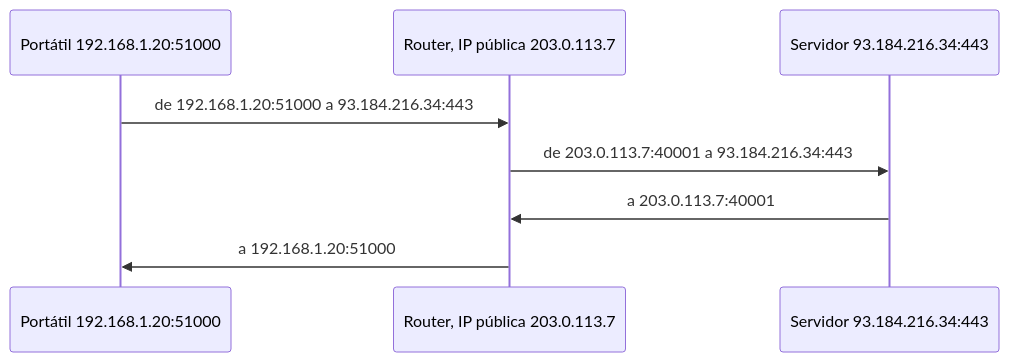
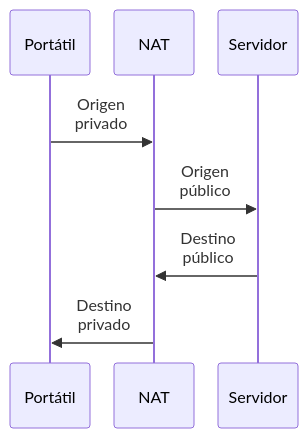
Before and after one commit to nbfrodri/devly: the diagram in src/content/es/articles/que-es-nat.mdx, drawn with Mermaid. The commit also changed other lines of this file and 142 other files, not shown here.

````diff
--- a/src/content/es/articles/que-es-nat.mdx
+++ b/src/content/es/articles/que-es-nat.mdx
@@ -32,10 +36,17 @@
 ```mermaid
+---
+config:
+  sequence:
+    width: 80
+    diagramMarginX: 4
+    actorMargin: 24
+---
 sequenceDiagram
-	participant P as Portátil 192.168.1.20:51000
-	participant R as Router, IP pública 203.0.113.7
-	participant S as Servidor 93.184.216.34:443
-	P->>R: de 192.168.1.20:51000 a 93.184.216.34:443
-	R->>S: de 203.0.113.7:40001 a 93.184.216.34:443
-	S->>R: a 203.0.113.7:40001
-	R->>P: a 192.168.1.20:51000
+	participant P as Portátil
+	participant R as NAT
+	participant S as Servidor
+	P->>R: Origen<br/>privado
+	R->>S: Origen<br/>público
+	S->>R: Destino<br/>público
+	R->>P: Destino<br/>privado
 ```
````
